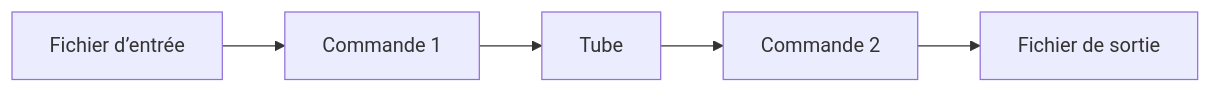
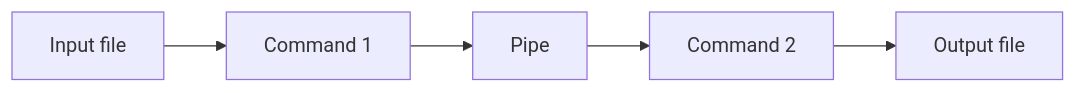
One commit to PedrovVvASQUEZ/42_PIPEX changed the diagram in README.md. Above: the diagram before and after it, drawn with Mermaid. The commit also changed other lines of this file, not shown here.

````diff
--- a/README.md
+++ b/README.md
@@ -71,7 +69,7 @@
 ```mermaid
 flowchart LR
-	IN[Fichier d’entrée] --> C1[Commande 1]
-	C1 --> P[Tube]
-	P --> C2[Commande 2]
-	C2 --> OUT[Fichier de sortie]
+    IN[Input file] --> C1[Command 1]
+    C1 --> P[Pipe]
+    P --> C2[Command 2]
+    C2 --> OUT[Output file]
 ```
````
